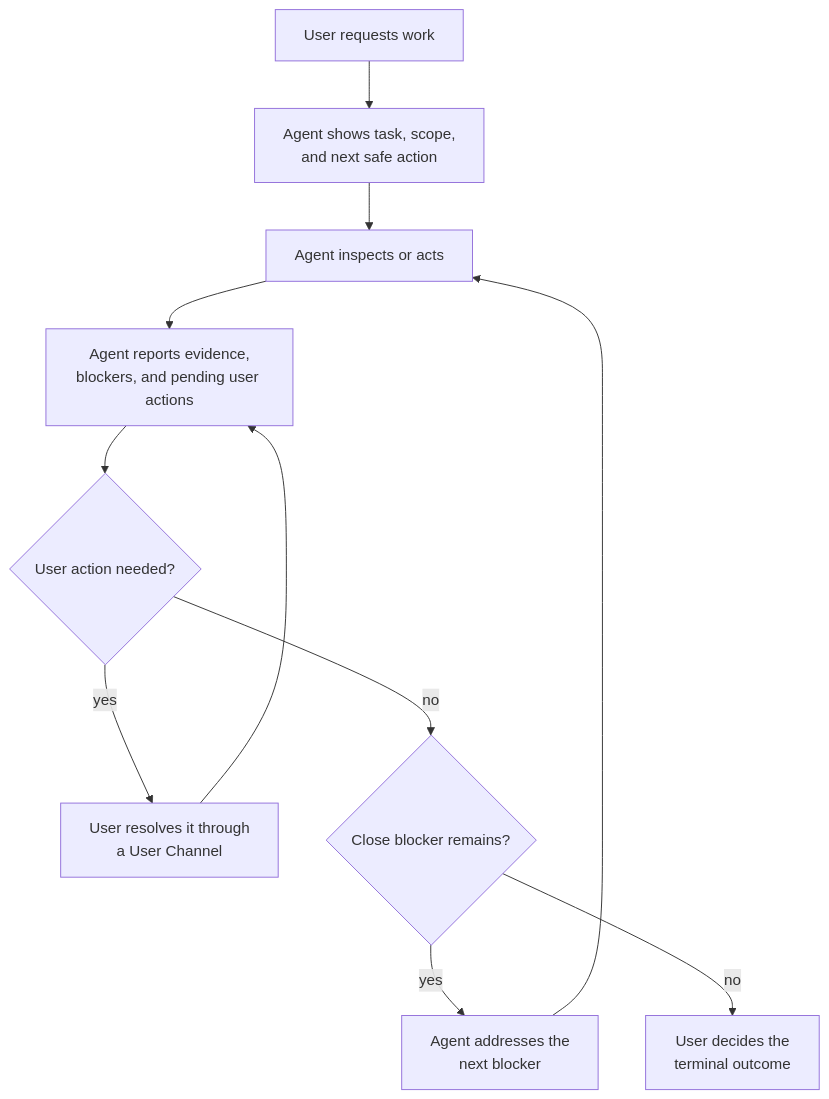
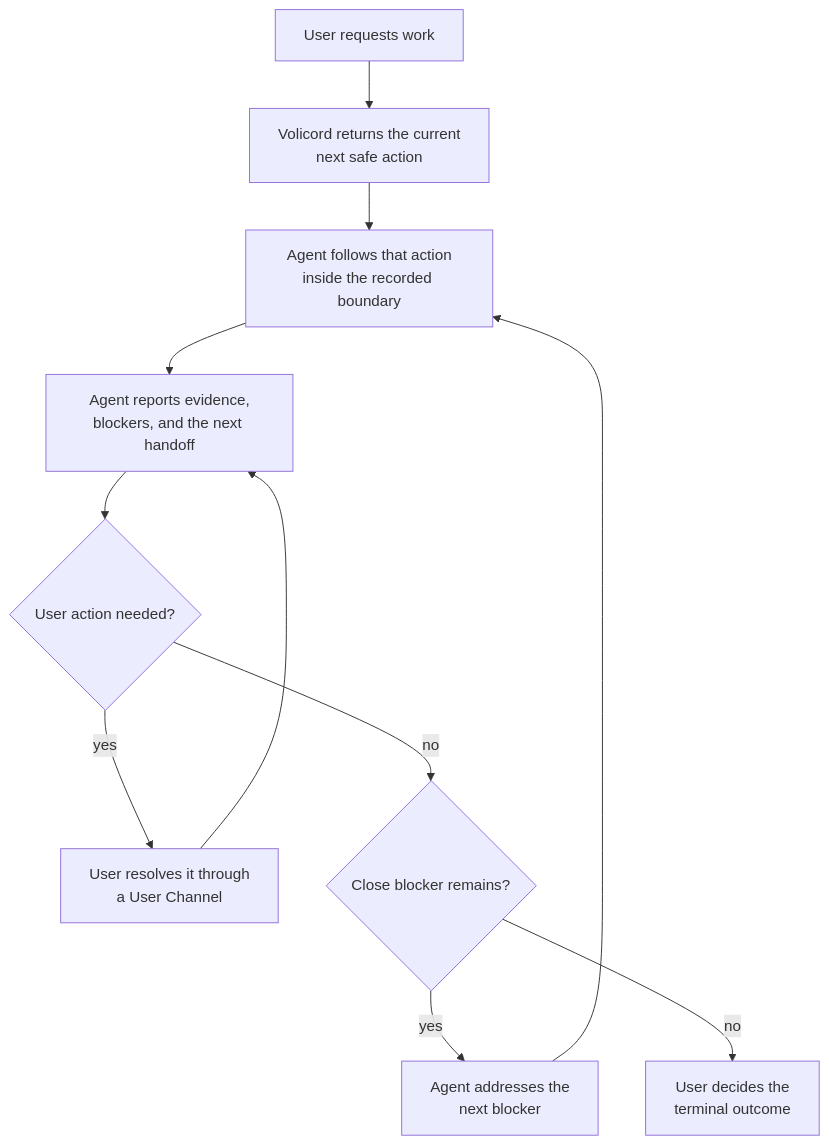
One commit to minjungw00/Volicord changed the second of 2 diagrams in README.md. Above: the diagram before and after it, drawn with Mermaid. The commit also changed other lines of this file and 91 other files, not shown here.

````diff
--- a/README.md
+++ b/README.md
@@ -162,18 +173,18 @@
 ```mermaid
 flowchart TD
   request["User requests work"]
-  boundary["Agent shows task, scope,<br/>and next safe action"]
-  action["Agent inspects or acts"]
-  status["Agent reports evidence,<br/>blockers, and pending user actions"]
+  boundary["Volicord returns the current<br/>next safe action"]
+  action["Agent follows that action<br/>inside the recorded boundary"]
+  status["Agent reports evidence,<br/>blockers, and the next handoff"]
   judgment{"User action needed?"}
   answer["User resolves it through<br/>a User Channel"]
   close{"Close blocker remains?"}
   continue["Agent addresses the<br/>next blocker"]
   finish["User decides the<br/>terminal outcome"]
 
   request --> boundary --> action --> status --> judgment
   judgment -- yes --> answer --> status
   judgment -- no --> close
   close -- yes --> continue --> action
   close -- no --> finish
 ```
````
